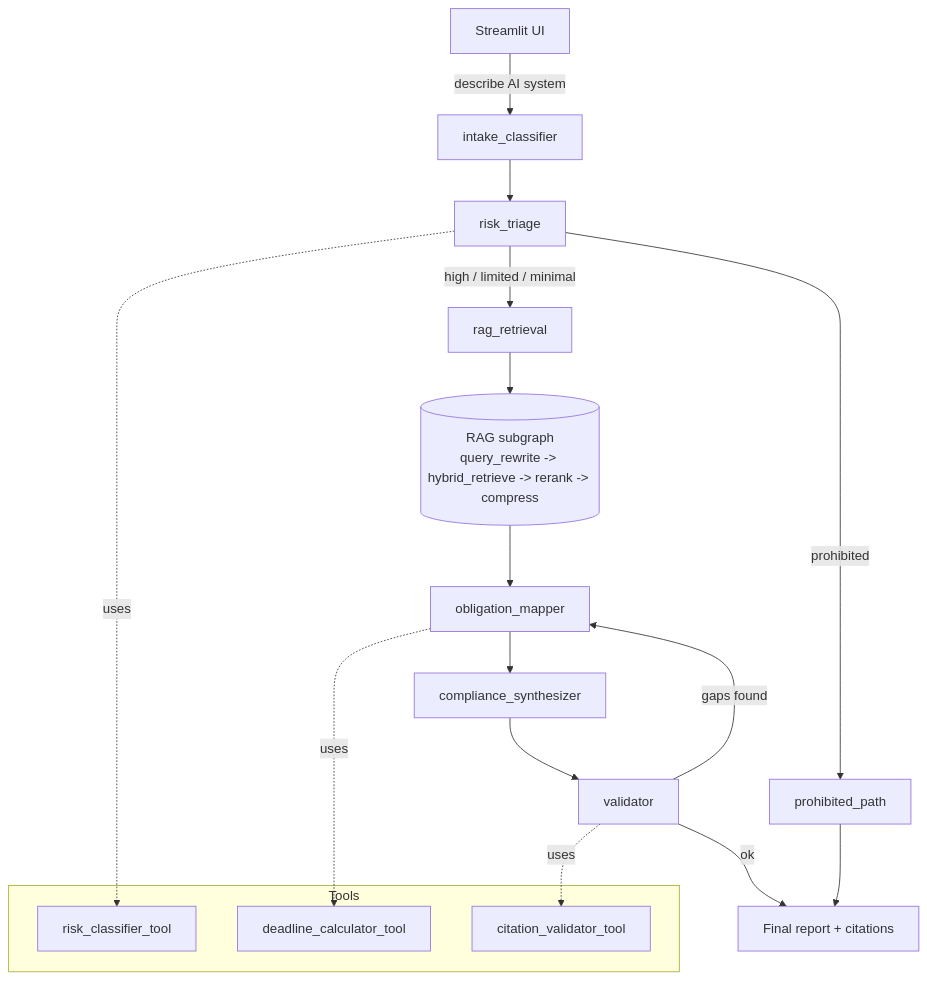
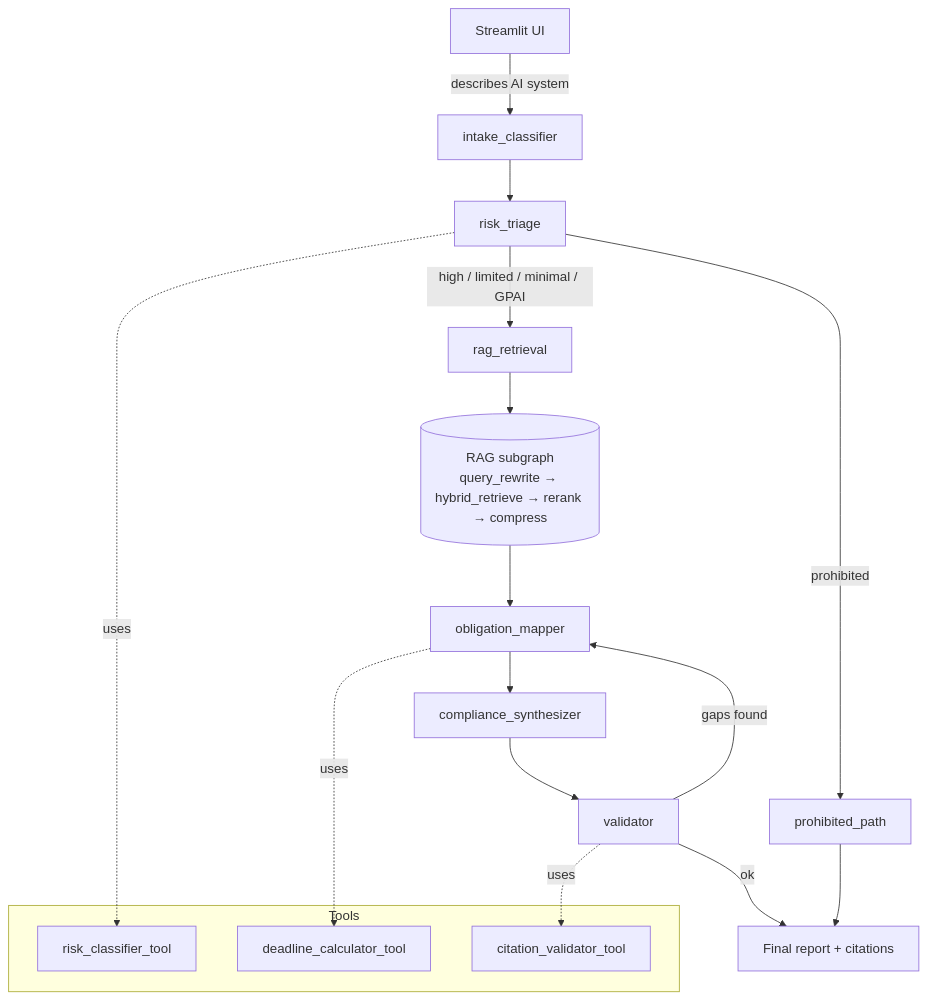
Before and after one commit to Gyurmatag/regpilot-ai-act: the diagram in README.md, drawn with Mermaid. The commit also changed other lines of this file and 23 other files, not shown here.

````diff
--- a/README.md
+++ b/README.md
@@ -117,23 +57,23 @@
 ```mermaid
 flowchart TD
-    User[Streamlit UI] -->|describe AI system| Intake[intake_classifier]
+    User[Streamlit UI] -->|describes AI system| Intake[intake_classifier]
     Intake --> Triage[risk_triage]
     Triage -->|prohibited| Prohibited[prohibited_path]
-    Triage -->|high / limited / minimal| Retrieval[rag_retrieval]
-    Retrieval --> RAGSub[("RAG subgraph<br/>query_rewrite -> hybrid_retrieve -> rerank -> compress")]
+    Triage -->|high / limited / minimal / GPAI| Retrieval[rag_retrieval]
+    Retrieval --> RAGSub[("RAG subgraph<br/>query_rewrite → hybrid_retrieve → rerank → compress")]
     RAGSub --> Mapper[obligation_mapper]
     Mapper --> Synth[compliance_synthesizer]
     Synth --> Validator[validator]
     Validator -->|gaps found| Mapper
     Validator -->|ok| Report[Final report + citations]
     Prohibited --> Report
 
     subgraph tools [Tools]
         RiskTool[risk_classifier_tool]
         DeadlineTool[deadline_calculator_tool]
         CiteTool[citation_validator_tool]
     end
     Triage -.uses.-> RiskTool
     Mapper -.uses.-> DeadlineTool
     Validator -.uses.-> CiteTool
 ```
````
